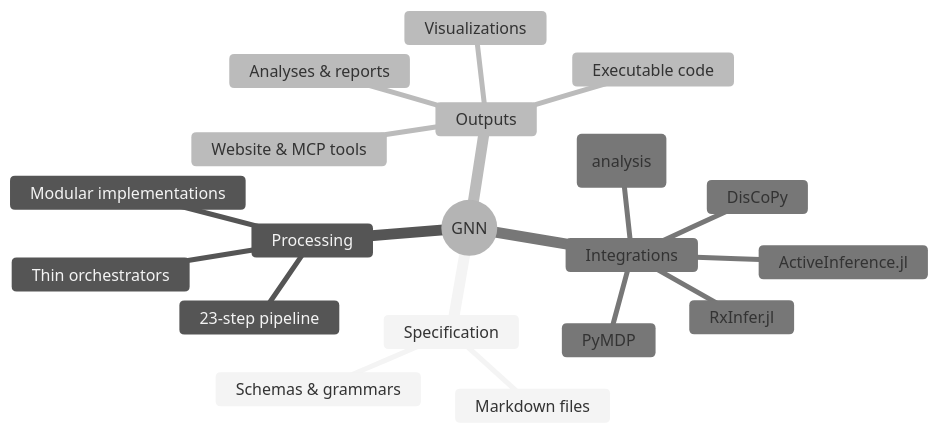
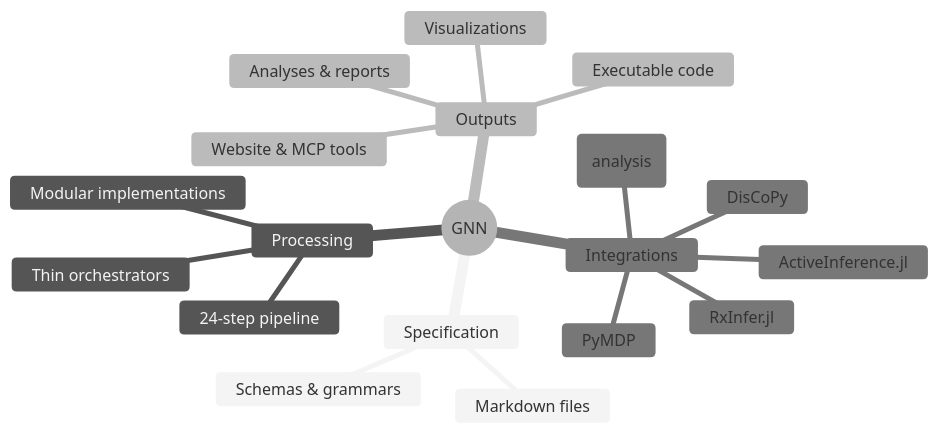
The first of 7 diagrams in DOCS.md (ActiveInferenceInstitute/GeneralizedNotationNotation), drawn with Mermaid (neutral theme) before and after one commit. The commit also changed other lines of this file and 209 other files, not shown here.

````diff
--- a/DOCS.md
+++ b/DOCS.md
@@ -19,22 +19,22 @@
 ```mermaid
 mindmap
   root((GNN))
     Specification
       Markdown files
       Schemas & grammars
     Processing
-      23-step pipeline
+      24-step pipeline
       Thin orchestrators
       Modular implementations
     Outputs
       Visualizations
       Executable code
       Analyses & reports
       Website & MCP tools
     Integrations
       PyMDP
       RxInfer.jl
       ActiveInference.jl
       DisCoPy
       LLMs (analysis)
 ```
````
